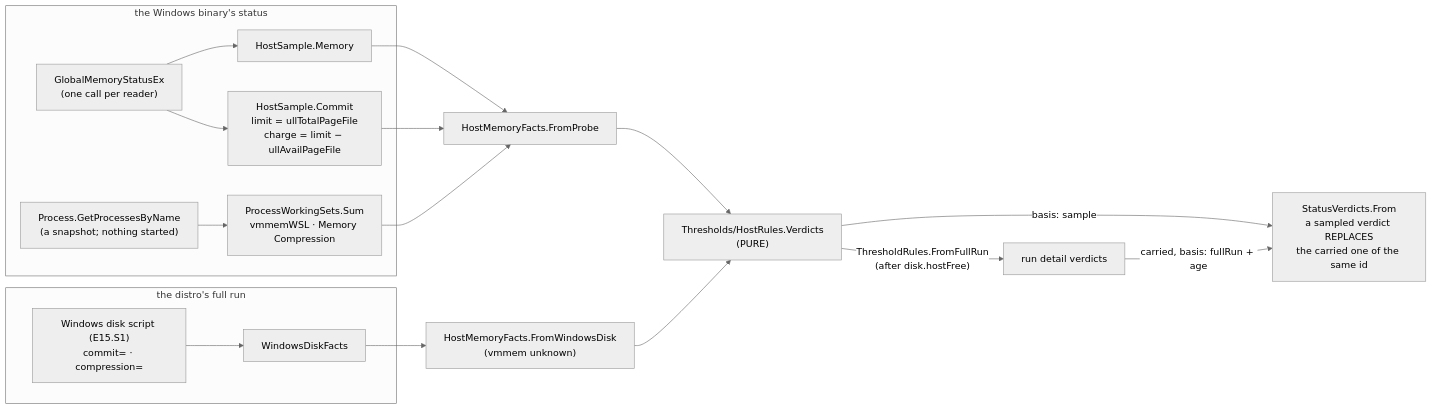
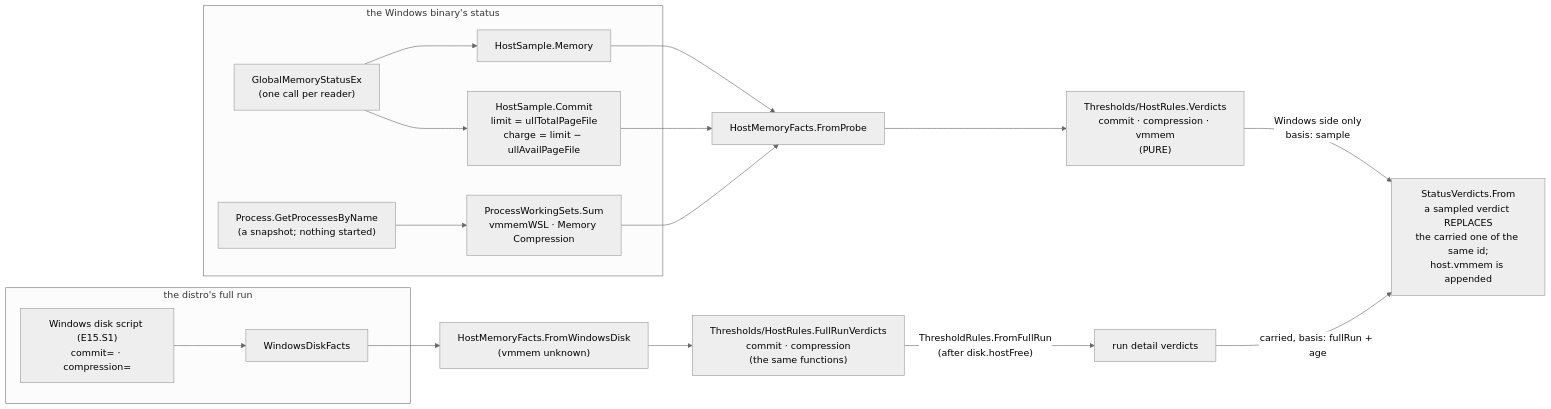
Before and after one commit to oleksandrdubyna88/wsl_care: diagram 11 of 15 in research/module_daemon.md, drawn with Mermaid (neutral theme). The commit also changed other lines of this file and 5 other files, not shown here.

First line of the commit message:
docs(daemon): E15.S5 code round — the full run's two host verdicts, the Windows-only sample, architecture.md's verdict rule

````diff
--- a/research/module_daemon.md
+++ b/research/module_daemon.md
@@ -693,20 +693,20 @@
 ```mermaid
 flowchart LR
     subgraph windows["the Windows binary's status"]
         gmse["GlobalMemoryStatusEx<br/>(one call per reader)"] --> mem["HostSample.Memory"]
         gmse --> commit["HostSample.Commit<br/>limit = ullTotalPageFile<br/>charge = limit − ullAvailPageFile"]
         procs["Process.GetProcessesByName<br/>(a snapshot; nothing started)"] --> ws["ProcessWorkingSets.Sum<br/>vmmemWSL · Memory Compression"]
     end
     subgraph distro["the distro's full run"]
         script["Windows disk script (E15.S1)<br/>commit= · compression="] --> wdf["WindowsDiskFacts"]
     end
     mem --> probe["HostMemoryFacts.FromProbe"]
     commit --> probe
     ws --> probe
     wdf --> disk["HostMemoryFacts.FromWindowsDisk<br/>(vmmem unknown)"]
-    probe --> rules["Thresholds/HostRules.Verdicts<br/>(PURE)"]
-    disk --> rules
-    rules -- "basis: sample" --> sv["StatusVerdicts.From<br/>a sampled verdict REPLACES<br/>the carried one of the same id"]
-    rules -- "ThresholdRules.FromFullRun<br/>(after disk.hostFree)" --> detail["run detail verdicts"]
+    probe --> rules["Thresholds/HostRules.Verdicts<br/>commit · compression · vmmem<br/>(PURE)"]
+    disk --> fr["Thresholds/HostRules.FullRunVerdicts<br/>commit · compression<br/>(the same functions)"]
+    rules -- "Windows side only<br/>basis: sample" --> sv["StatusVerdicts.From<br/>a sampled verdict REPLACES<br/>the carried one of the same id;<br/>host.vmmem is appended"]
+    fr -- "ThresholdRules.FromFullRun<br/>(after disk.hostFree)" --> detail["run detail verdicts"]
     detail -- "carried, basis: fullRun + age" --> sv
 ```
````
